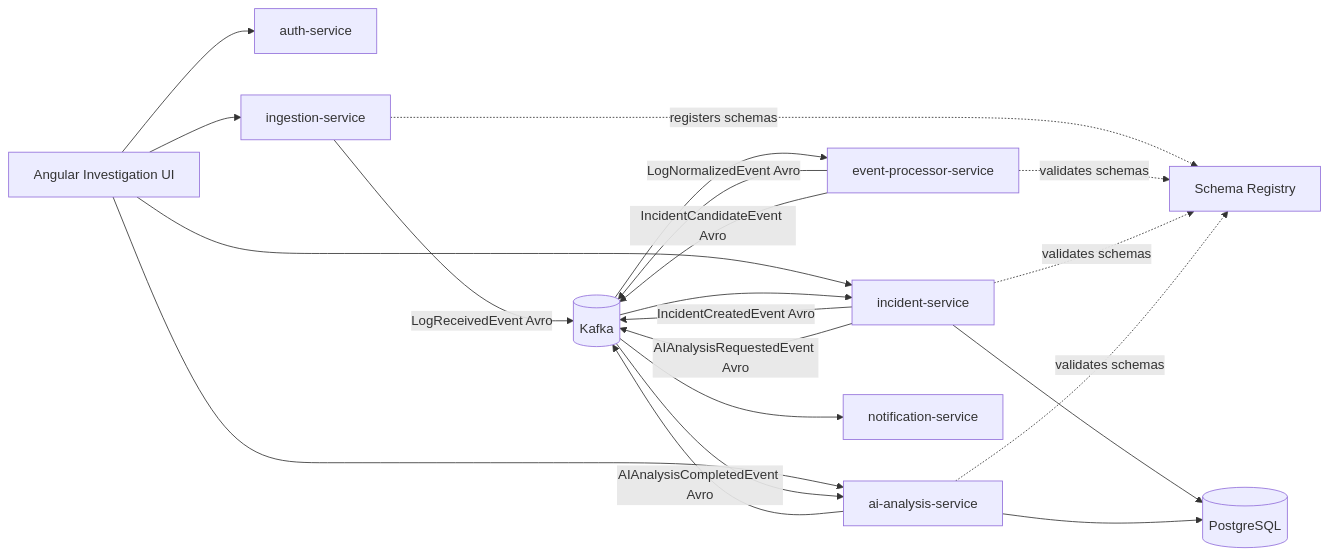
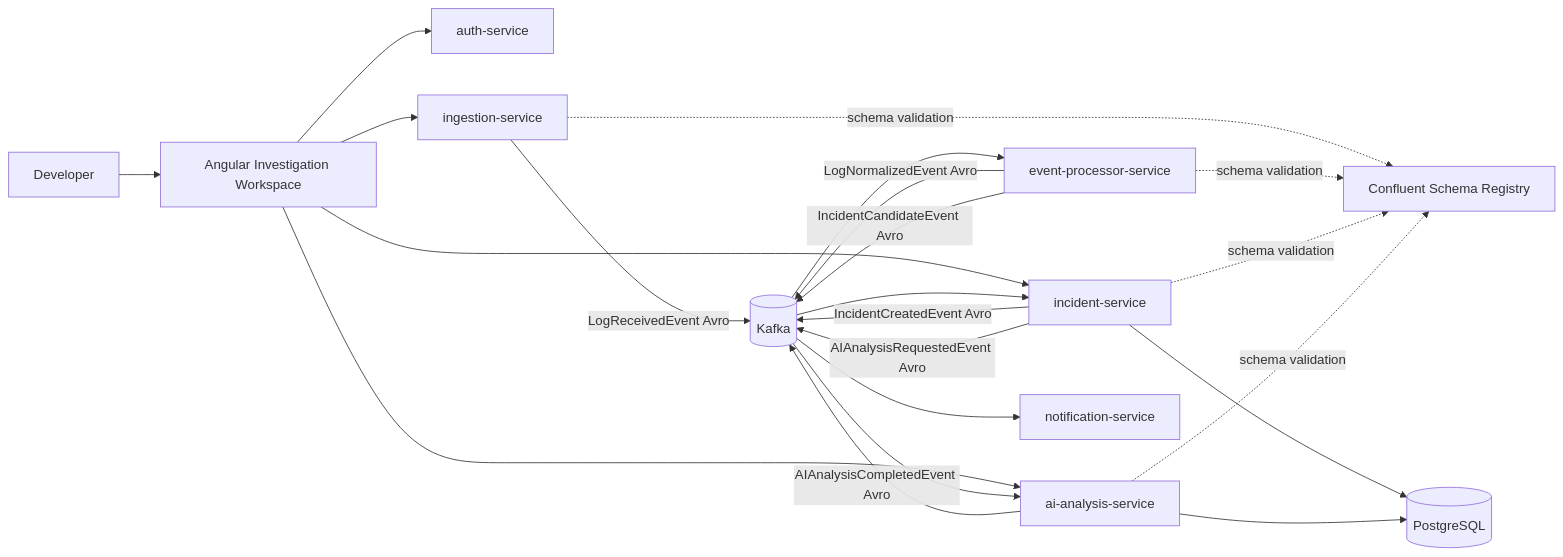
The first of 3 diagrams in README.md (Mednj/incident-platform-AI), drawn with Mermaid before and after one commit. The commit also changed other lines of this file and 4 other files, not shown here.

````diff
--- a/README.md
+++ b/README.md
@@ -36,24 +52,36 @@
 ```mermaid
 flowchart LR
-  UI[Angular Investigation UI] --> Auth[auth-service]
-  UI --> Ingest[ingestion-service]
-  UI --> Incident[incident-service]
-  UI --> AI[ai-analysis-service]
+  Developer["Developer"]
+  UI["Angular Investigation Workspace"]
+  Auth["auth-service"]
+  Ingest["ingestion-service"]
+  Processor["event-processor-service"]
+  Incident["incident-service"]
+  AI["ai-analysis-service"]
+  Notify["notification-service"]
+  Kafka[("Kafka")]
+  Registry["Confluent Schema Registry"]
+  Postgres[("PostgreSQL")]
 
-  Ingest -->|LogReceivedEvent Avro| Kafka[(Kafka)]
-  Kafka --> Processor[event-processor-service]
-  Processor -->|LogNormalizedEvent Avro| Kafka
-  Processor -->|IncidentCandidateEvent Avro| Kafka
+  Developer --> UI
+  UI --> Auth
+  UI --> Ingest
+  UI --> Incident
+  UI --> AI
+  Ingest -->|"LogReceivedEvent Avro"| Kafka
+  Kafka --> Processor
+  Processor -->|"LogNormalizedEvent Avro"| Kafka
+  Processor -->|"IncidentCandidateEvent Avro"| Kafka
   Kafka --> Incident
-  Incident --> Postgres[(PostgreSQL)]
-  Incident -->|IncidentCreatedEvent Avro| Kafka
-  Incident -->|AIAnalysisRequestedEvent Avro| Kafka
+  Incident --> Postgres
+  Incident -->|"IncidentCreatedEvent Avro"| Kafka
+  Incident -->|"AIAnalysisRequestedEvent Avro"| Kafka
   Kafka --> AI
   AI --> Postgres
-  AI -->|AIAnalysisCompletedEvent Avro| Kafka
-  Kafka --> Notify[notification-service]
-  Ingest -.registers schemas.-> Registry[Schema Registry]
-  Processor -.validates schemas.-> Registry
-  Incident -.validates schemas.-> Registry
-  AI -.validates schemas.-> Registry
+  AI -->|"AIAnalysisCompletedEvent Avro"| Kafka
+  Kafka --> Notify
+  Ingest -. schema validation .-> Registry
+  Processor -. schema validation .-> Registry
+  Incident -. schema validation .-> Registry
+  AI -. schema validation .-> Registry
 ```
````
